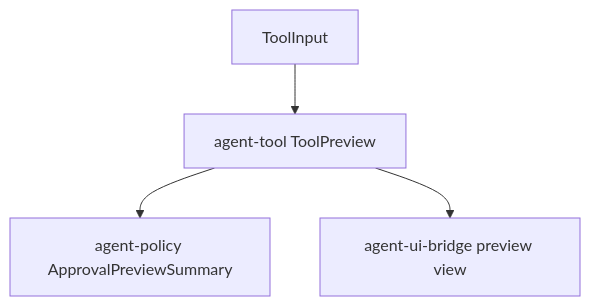
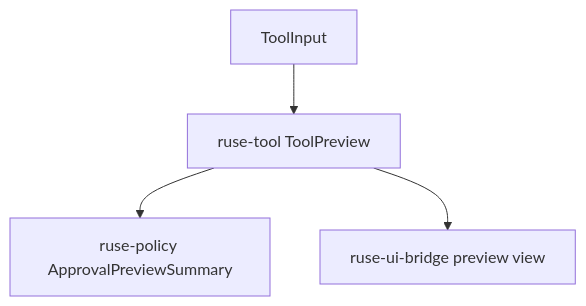
Before and after one commit to poneding/agent: the diagram in docs/specs/M19-03-tool-preview-payloads.spec.md, drawn with Mermaid. The commit also changed other lines of this file and 2091 other files, not shown here.

First line of the commit message:
refactor: rename agent branding to ruse

````diff
--- a/docs/specs/M19-03-tool-preview-payloads.spec.md
+++ b/docs/specs/M19-03-tool-preview-payloads.spec.md
@@ -33,6 +33,6 @@
 ```mermaid
 flowchart TD
-  Input["ToolInput"] --> Preview["agent-tool ToolPreview"]
-  Preview --> Policy["agent-policy ApprovalPreviewSummary"]
-  Preview --> UI["agent-ui-bridge preview view"]
+  Input["ToolInput"] --> Preview["ruse-tool ToolPreview"]
+  Preview --> Policy["ruse-policy ApprovalPreviewSummary"]
+  Preview --> UI["ruse-ui-bridge preview view"]
 ```
````
